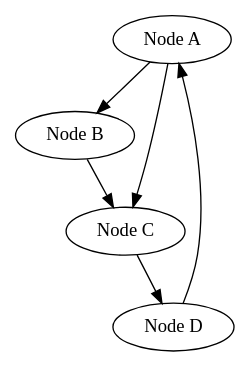
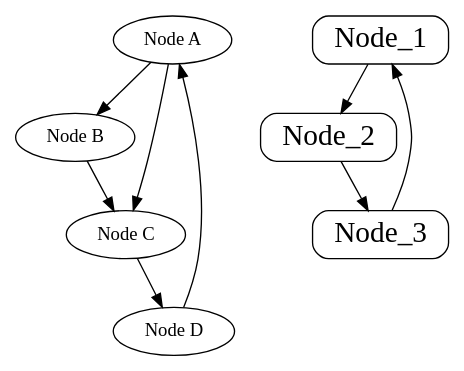
Before and after one commit to meysamkhazaee/dot_parser: the diagram in input/1.dot, drawn with Graphviz. The commit also changed 7 other files, not shown here.

```diff
--- a/input/1.dot
+++ b/input/1.dot
@@ -1,12 +1,23 @@
 digraph G {
     A [label="Node A"];
     B [label="Node B"];
     C [label="Node C"];
     D [label="Node D"];
 
     A -> B;
     A -> C;
     B -> C;
     C -> D;
     D -> A;
+
+    subgraph "sub_graph" 
+    {
+        label="sub_graph";
+        Node_1 [shape=Mrecord,fontsize=22,label="Node_1"];
+        Node_2 [shape=Mrecord,fontsize=22,label="Node_2"];
+        Node_3 [shape=Mrecord,fontsize=22,label="Node_3"];
+        Node_1 -> Node_2 ;
+        Node_2 -> Node_3 ;
+        Node_3 -> Node_1 ;
+    }
 }
```
